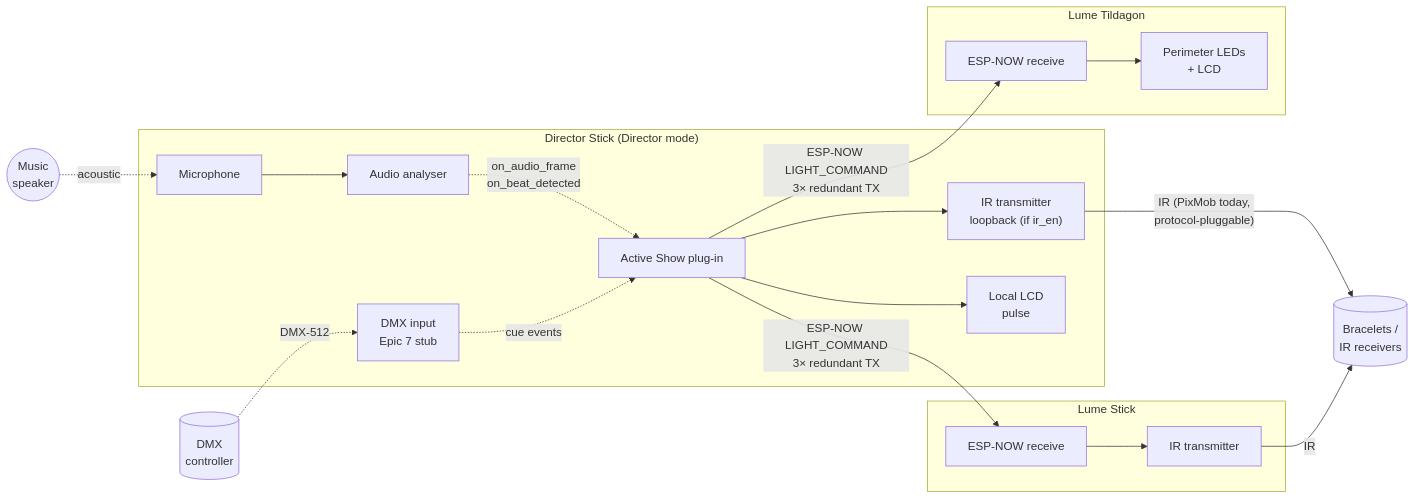
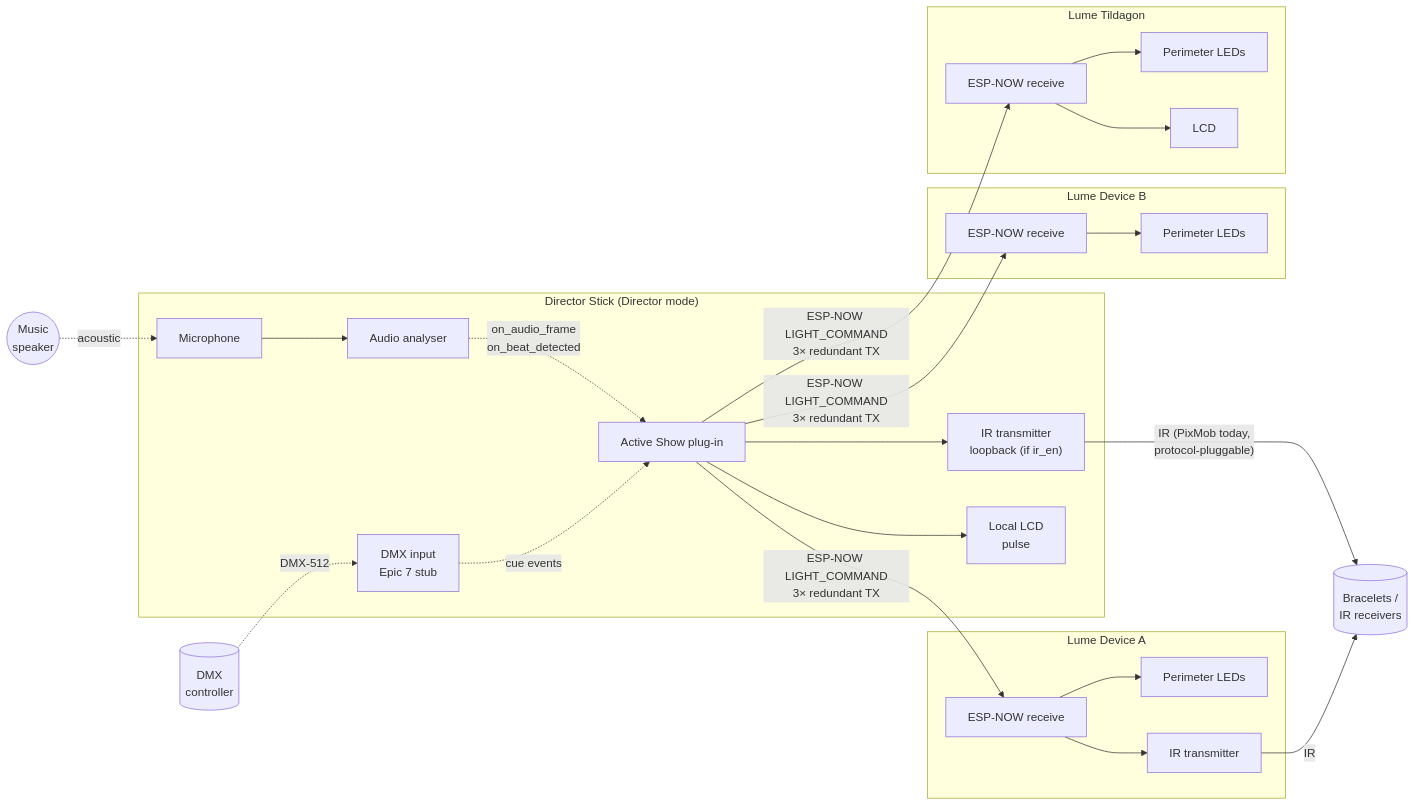
One commit to ratcliffej/nocturnation-stickc changed the first of 10 diagrams in docs/manuals/flow-diagrams.md. Above: the diagram before and after it, drawn with Mermaid. The commit also changed other lines of this file, not shown here.

Commit message:
Flow diagrams §1: three example Lumes spanning the output range
Replace the two-Lume example with three, all rendering perimeter LEDs
as their common local output:
- Device A: perimeter LEDs + IR transmitter (the relay case).
- Device B: perimeter LEDs only, no transmission at all (terminal
  case — frame arrives, renders locally, nothing flows onward).
- Lume Tildagon: perimeter LEDs + LCD, no IR (the no-IR-hardware case
  with a richer local display).

The previous diagram showed only the relay + Tildagon cases, which left
the "Lume that just receives and renders, nothing else" case implicit.
Making it explicit clarifies what a Lume actually is at minimum
(receive + local render) and decouples that minimum from any onward
transmission.

Notes rewritten to walk the three cases and to clarify that the
repeater toggle is gated by both hardware and firmware support.

````diff
--- a/docs/manuals/flow-diagrams.md
+++ b/docs/manuals/flow-diagrams.md
@@ -34,41 +34,52 @@
 ```mermaid
 flowchart LR
     Audio((Music<br/>speaker))
     DMX[(DMX<br/>controller)]
 
     subgraph Director["Director Stick (Director mode)"]
         MMic[Microphone]
         MAnalyser[Audio analyser]
         MDMX[DMX input<br/>Epic 7 stub]
         MShow[Active Show plug-in]
         MIR["IR transmitter<br/>loopback (if ir_en)"]
         MLCD[Local LCD<br/>pulse]
         MMic --> MAnalyser
         MAnalyser -. on_audio_frame<br/>on_beat_detected .-> MShow
         MDMX -. cue events .-> MShow
         MShow --> MIR
         MShow --> MLCD
     end
 
-    subgraph Lume1["Lume Stick"]
+    subgraph Lume1["Lume Device A"]
         L1Recv[ESP-NOW receive]
+        L1LED[Perimeter LEDs]
         L1IR[IR transmitter]
+        L1Recv --> L1LED
         L1Recv --> L1IR
     end
 
-    subgraph Lume2["Lume Tildagon"]
+    subgraph Lume2["Lume Device B"]
         L2Recv[ESP-NOW receive]
-        L2Out[Perimeter LEDs<br/>+ LCD]
-        L2Recv --> L2Out
+        L2LED[Perimeter LEDs]
+        L2Recv --> L2LED
+    end
+
+    subgraph Lume3["Lume Tildagon"]
+        L3Recv[ESP-NOW receive]
+        L3LED[Perimeter LEDs]
+        L3LCD[LCD]
+        L3Recv --> L3LED
+        L3Recv --> L3LCD
     end
 
     Receivers[(Bracelets /<br/>IR receivers)]
 
     Audio -. acoustic .-> MMic
     DMX -. DMX-512 .-> MDMX
     MShow -- "ESP-NOW LIGHT_COMMAND<br/>3× redundant TX" --> L1Recv
     MShow -- "ESP-NOW LIGHT_COMMAND<br/>3× redundant TX" --> L2Recv
+    MShow -- "ESP-NOW LIGHT_COMMAND<br/>3× redundant TX" --> L3Recv
 
     MIR -- "IR (PixMob today,<br/>protocol-pluggable)" --> Receivers
     L1IR -- IR --> Receivers
 ```
````
